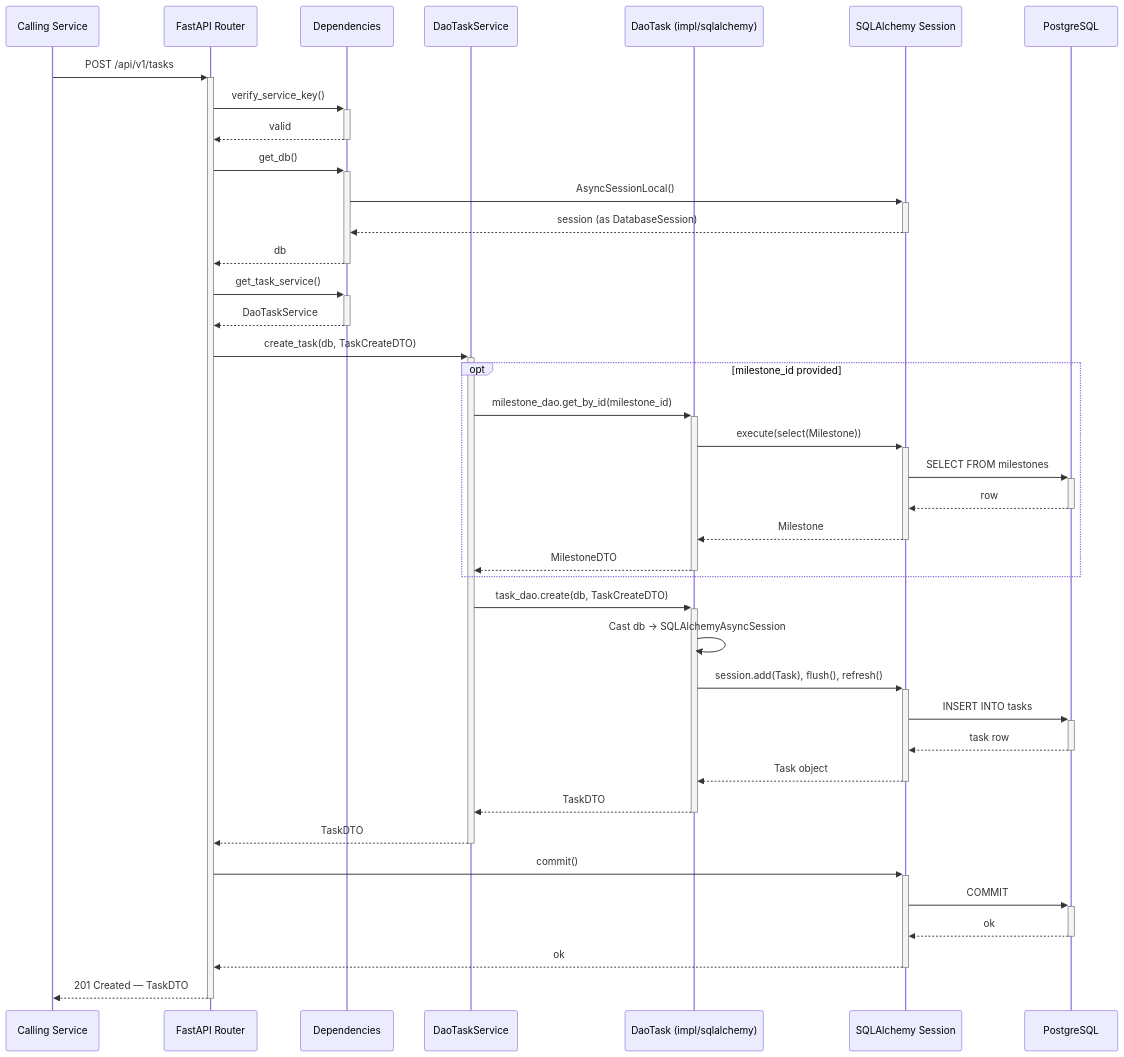
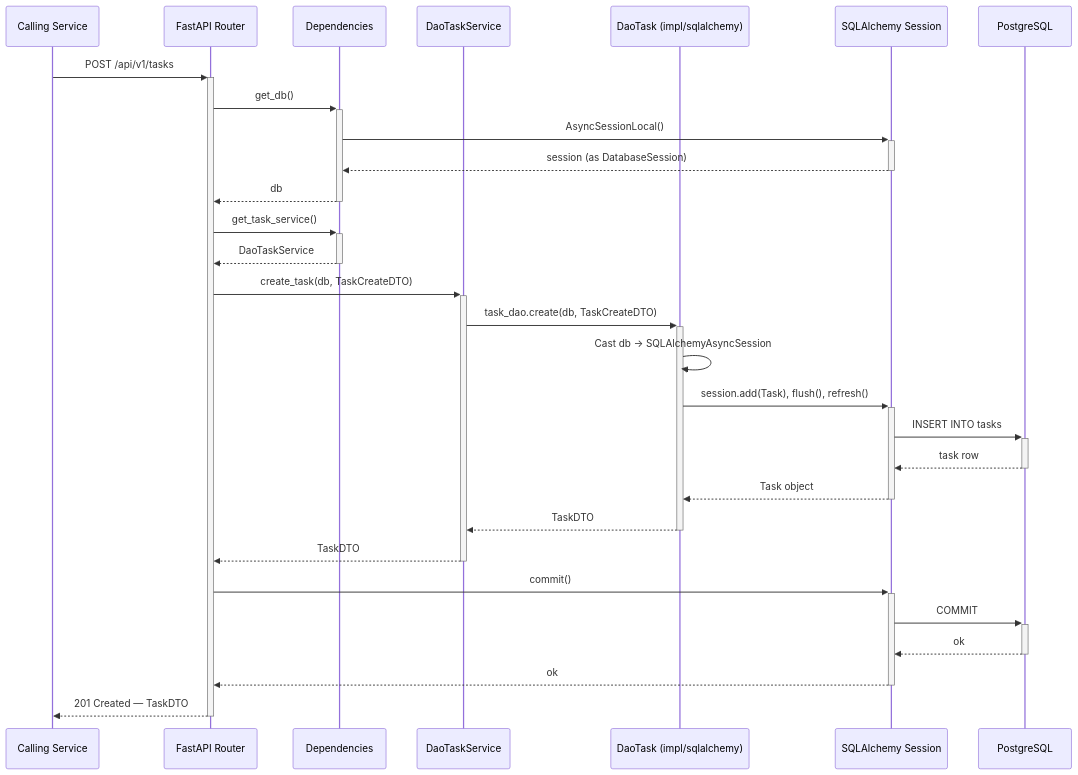
One commit to MacDavicK/Flux-Team-8 changed the fifth of 5 diagrams in docs/dao_design.md. Above: the diagram before and after it, drawn with Mermaid. The commit also changed other lines of this file and 12 other files, not shown here.

````diff
--- a/docs/dao_design.md
+++ b/docs/dao_design.md
@@ -505,50 +441,38 @@
 ```mermaid
 sequenceDiagram
     participant Client as Calling Service
     participant Router as FastAPI Router
     participant Deps as Dependencies
     participant Service as DaoTaskService
     participant DAO as DaoTask (impl/sqlalchemy)
     participant ORM as SQLAlchemy Session
     participant DB as PostgreSQL
 
     Client->>+Router: POST /api/v1/tasks
-    Router->>+Deps: verify_service_key()
-    Deps-->>-Router: valid
-
     Router->>+Deps: get_db()
     Deps->>+ORM: AsyncSessionLocal()
     ORM-->>-Deps: session (as DatabaseSession)
     Deps-->>-Router: db
 
     Router->>+Deps: get_task_service()
     Deps-->>-Router: DaoTaskService
 
     Router->>+Service: create_task(db, TaskCreateDTO)
-
-    opt milestone_id provided
-        Service->>+DAO: milestone_dao.get_by_id(milestone_id)
-        DAO->>+ORM: execute(select(Milestone))
-        ORM->>+DB: SELECT FROM milestones
-        DB-->>-ORM: row
-        ORM-->>-DAO: Milestone
-        DAO-->>-Service: MilestoneDTO
-    end
 
     Service->>+DAO: task_dao.create(db, TaskCreateDTO)
     DAO->>DAO: Cast db → SQLAlchemyAsyncSession
     DAO->>+ORM: session.add(Task), flush(), refresh()
     ORM->>+DB: INSERT INTO tasks
     DB-->>-ORM: task row
     ORM-->>-DAO: Task object
     DAO-->>-Service: TaskDTO
 
     Service-->>-Router: TaskDTO
 
     Router->>+ORM: commit()
     ORM->>+DB: COMMIT
     DB-->>-ORM: ok
     ORM-->>-Router: ok
 
     Router-->>-Client: 201 Created — TaskDTO
 ```
````
